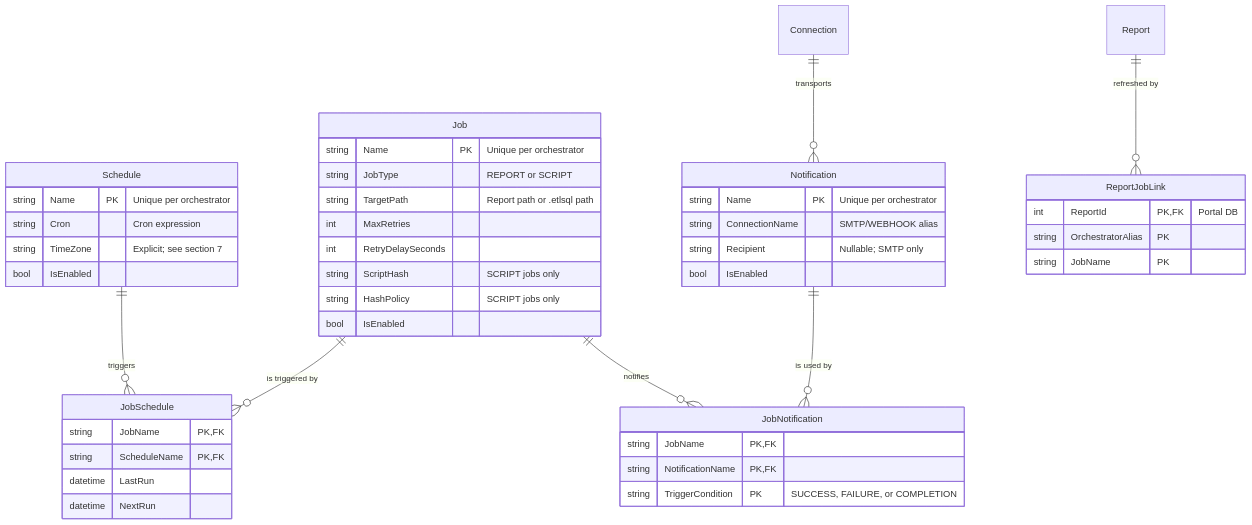
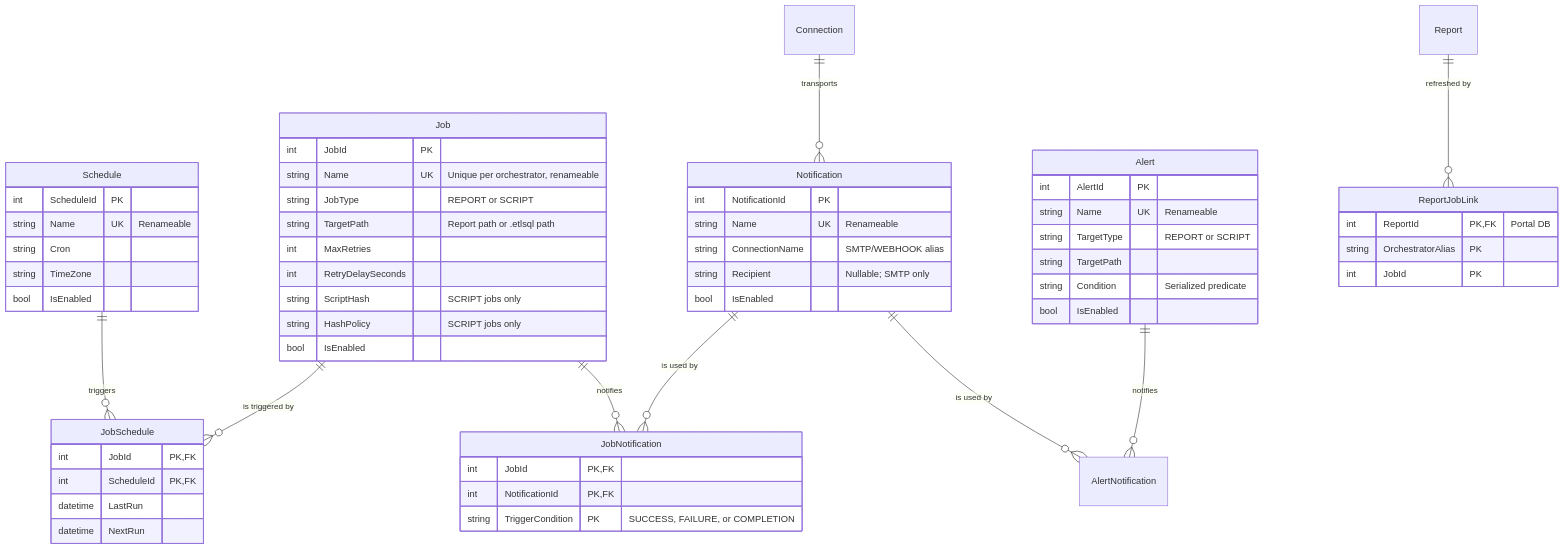
One commit to etl-sql/ETL-SQL changed the diagram in docs/architecture/decisions/job_schedule_notification.md. Above: the diagram before and after it, drawn with Mermaid. The commit also changed other lines of this file and 1 other file, not shown here.

````diff
--- a/docs/architecture/decisions/job_schedule_notification.md
+++ b/docs/architecture/decisions/job_schedule_notification.md
@@ -73,53 +95,67 @@
 ```mermaid
 erDiagram
     Schedule ||--o{ JobSchedule : triggers
     Job ||--o{ JobSchedule : "is triggered by"
     Job ||--o{ JobNotification : notifies
     Notification ||--o{ JobNotification : "is used by"
+    Alert ||--o{ AlertNotification : notifies
+    Notification ||--o{ AlertNotification : "is used by"
     Connection ||--o{ Notification : transports
     Report ||--o{ ReportJobLink : "refreshed by"
 
     Job {
-        string Name PK "Unique per orchestrator"
+        int JobId PK
+        string Name UK "Unique per orchestrator, renameable"
         string JobType "REPORT or SCRIPT"
         string TargetPath "Report path or .etlsql path"
         int MaxRetries
         int RetryDelaySeconds
         string ScriptHash "SCRIPT jobs only"
         string HashPolicy "SCRIPT jobs only"
         bool IsEnabled
     }
 
     Schedule {
-        string Name PK "Unique per orchestrator"
-        string Cron "Cron expression"
-        string TimeZone "Explicit; see section 7"
+        int ScheduleId PK
+        string Name UK "Renameable"
+        string Cron
+        string TimeZone
         bool IsEnabled
     }
 
     Notification {
-        string Name PK "Unique per orchestrator"
+        int NotificationId PK
+        string Name UK "Renameable"
         string ConnectionName "SMTP/WEBHOOK alias"
         string Recipient "Nullable; SMTP only"
         bool IsEnabled
     }
 
+    Alert {
+        int AlertId PK
+        string Name UK "Renameable"
+        string TargetType "REPORT or SCRIPT"
+        string TargetPath
+        string Condition "Serialized predicate"
+        bool IsEnabled
+    }
+
     JobSchedule {
-        string JobName PK, FK
-        string ScheduleName PK, FK
+        int JobId PK, FK
+        int ScheduleId PK, FK
         datetime LastRun
         datetime NextRun
     }
 
     JobNotification {
-        string JobName PK, FK
-        string NotificationName PK, FK
+        int JobId PK, FK
+        int NotificationId PK, FK
         string TriggerCondition PK "SUCCESS, FAILURE, or COMPLETION"
     }
 
     ReportJobLink {
         int ReportId PK, FK "Portal DB"
         string OrchestratorAlias PK
-        string JobName PK
+        int JobId PK
     }
 ```
````
